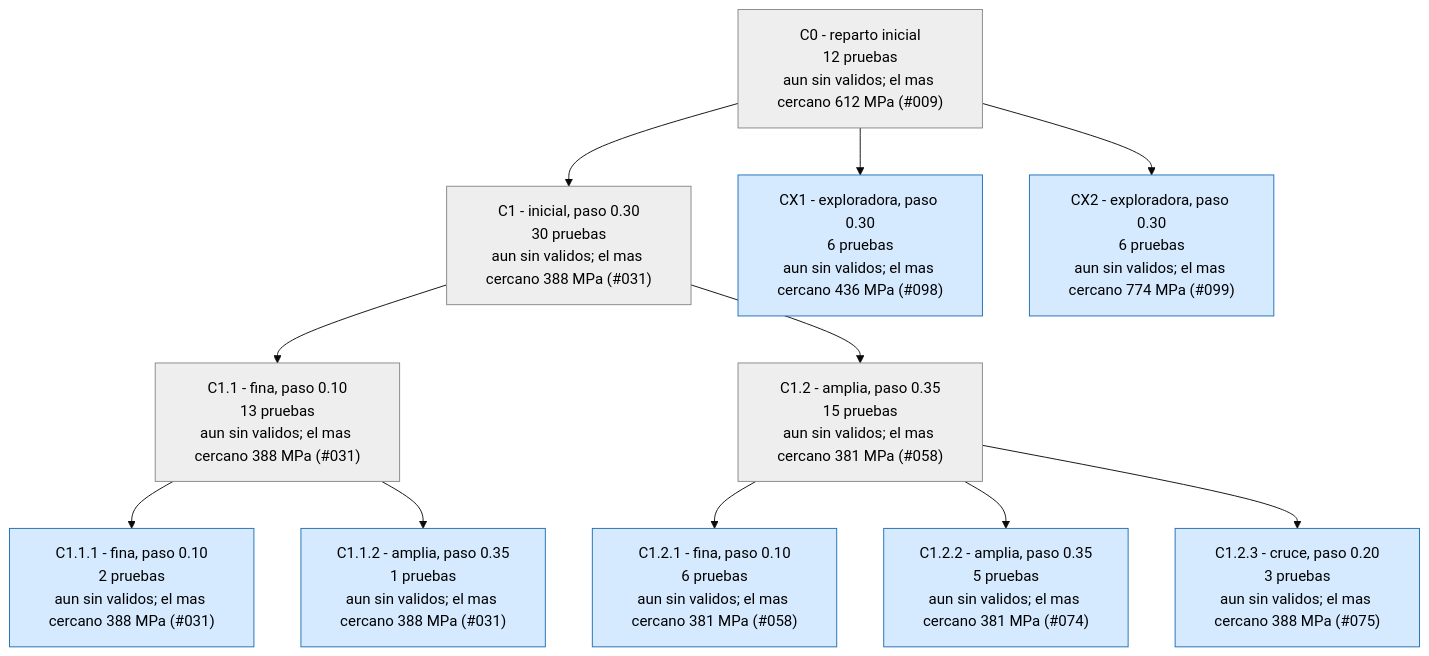
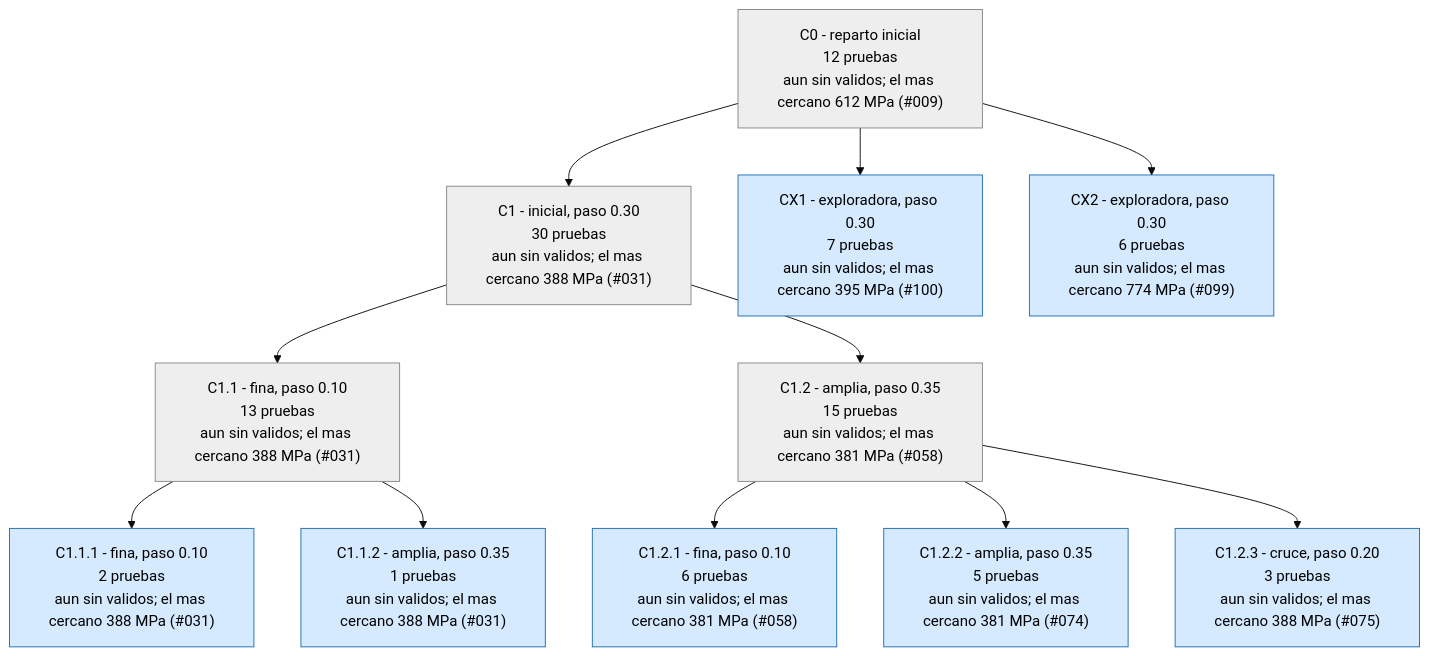
The third of 4 diagrams in runs/opt_37800N/ARBOL.md (Hugiko/msd-soporte-optimizacion), drawn with Mermaid (base theme) before and after one commit. The commit also changed 21 other files, not shown here.

````diff
--- a/runs/opt_37800N/ARBOL.md
+++ b/runs/opt_37800N/ARBOL.md
@@ -127,27 +127,27 @@
 ```mermaid
 graph TD
 classDef activa fill:#d6eaff,stroke:#1f6fb5,color:#000
 classDef fin fill:#eeeeee,stroke:#888,color:#000
 classDef mejor fill:#c8f0c0,stroke:#1a9850,stroke-width:4px,color:#000
 C0["C0 - reparto inicial<br/>12 pruebas<br/>aun sin validos; el mas cercano 612 MPa (#009)"]:::fin
 C1["C1 - inicial, paso 0.30<br/>30 pruebas<br/>aun sin validos; el mas cercano 388 MPa (#031)"]:::fin
 C0 --> C1
 C1_1["C1.1 - fina, paso 0.10<br/>13 pruebas<br/>aun sin validos; el mas cercano 388 MPa (#031)"]:::fin
 C1 --> C1_1
 C1_2["C1.2 - amplia, paso 0.35<br/>15 pruebas<br/>aun sin validos; el mas cercano 381 MPa (#058)"]:::fin
 C1 --> C1_2
 C1_1_1["C1.1.1 - fina, paso 0.10<br/>2 pruebas<br/>aun sin validos; el mas cercano 388 MPa (#031)"]:::activa
 C1_1 --> C1_1_1
 C1_1_2["C1.1.2 - amplia, paso 0.35<br/>1 pruebas<br/>aun sin validos; el mas cercano 388 MPa (#031)"]:::activa
 C1_1 --> C1_1_2
 C1_2_1["C1.2.1 - fina, paso 0.10<br/>6 pruebas<br/>aun sin validos; el mas cercano 381 MPa (#058)"]:::activa
 C1_2 --> C1_2_1
 C1_2_2["C1.2.2 - amplia, paso 0.35<br/>5 pruebas<br/>aun sin validos; el mas cercano 381 MPa (#074)"]:::activa
 C1_2 --> C1_2_2
 C1_2_3["C1.2.3 - cruce, paso 0.20<br/>3 pruebas<br/>aun sin validos; el mas cercano 388 MPa (#075)"]:::activa
 C1_2 --> C1_2_3
-CX1["CX1 - exploradora, paso 0.30<br/>6 pruebas<br/>aun sin validos; el mas cercano 436 MPa (#098)"]:::activa
+CX1["CX1 - exploradora, paso 0.30<br/>7 pruebas<br/>aun sin validos; el mas cercano 395 MPa (#100)"]:::activa
 C0 --> CX1
 CX2["CX2 - exploradora, paso 0.30<br/>6 pruebas<br/>aun sin validos; el mas cercano 774 MPa (#099)"]:::activa
 C0 --> CX2
 ```
````
